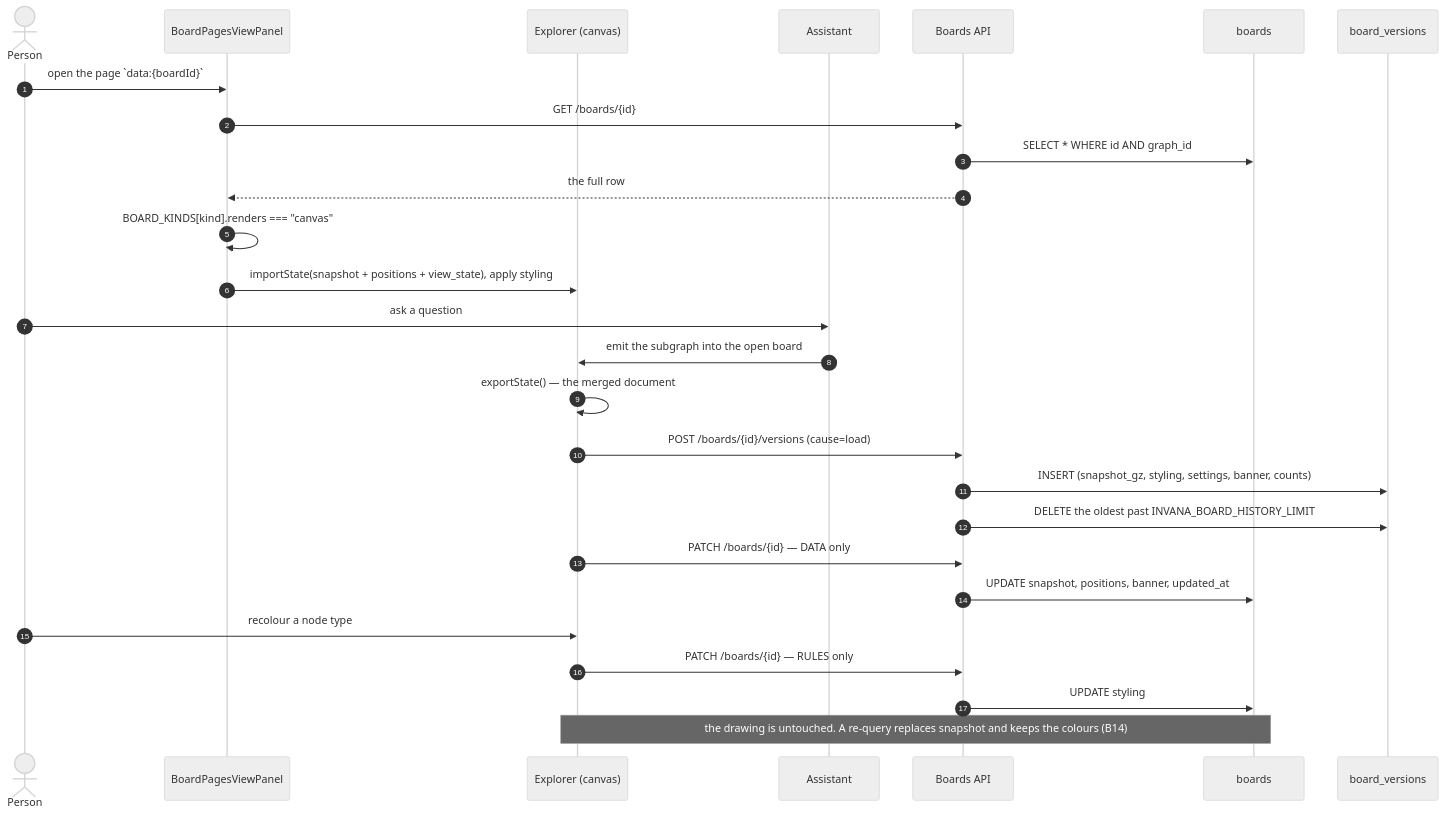
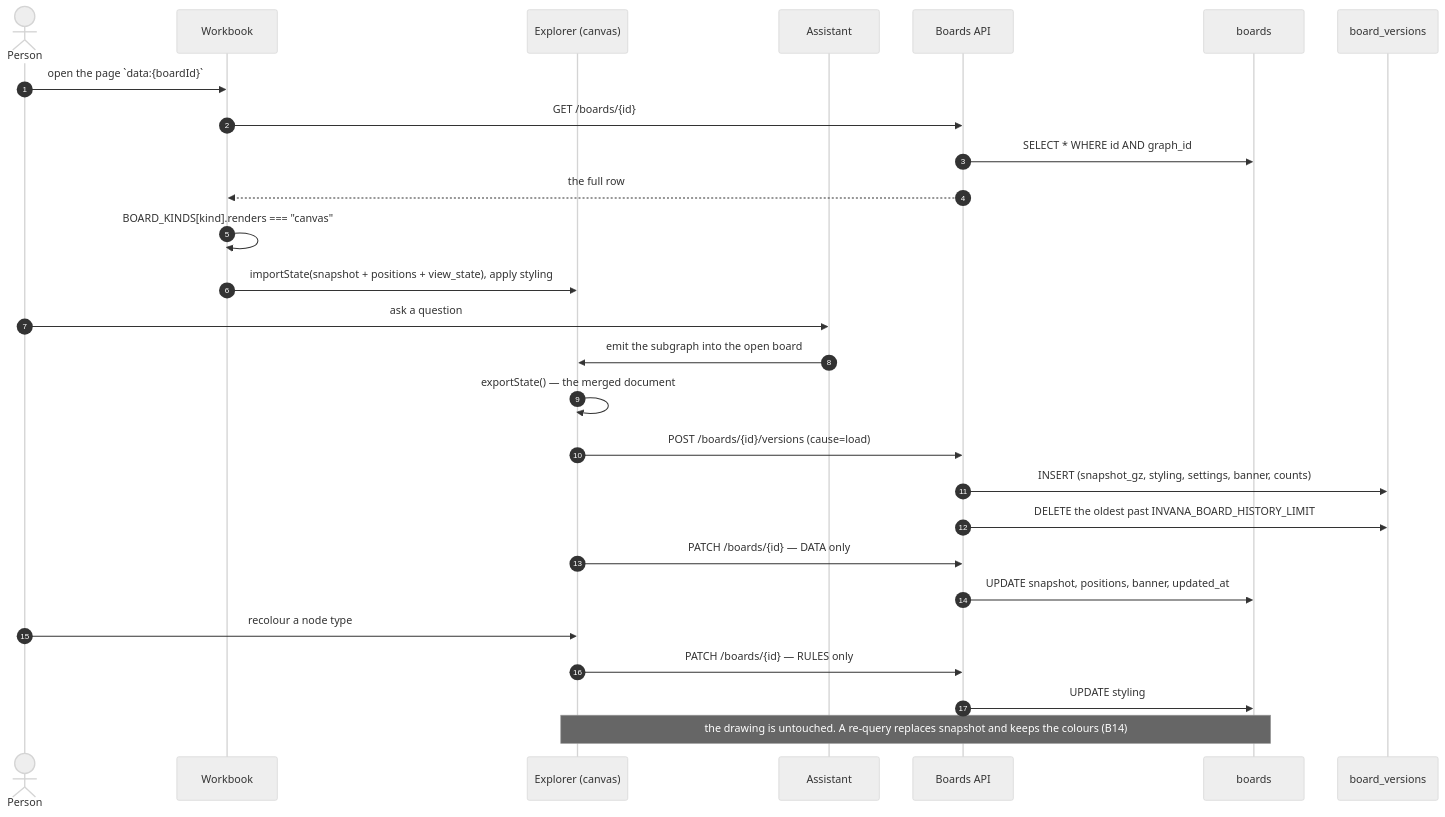
One commit to invana/invana changed the fourth of 8 diagrams in docs/for-developers/building-engine/boards-migration.md. Above: the diagram before and after it, drawn with Mermaid (neutral theme). The commit also changed other lines of this file and 130 other files, not shown here.

````diff
--- a/docs/for-developers/building-engine/boards-migration.md
+++ b/docs/for-developers/building-engine/boards-migration.md
@@ -411,32 +411,32 @@
 ```mermaid
 sequenceDiagram
     autonumber
     actor U as Person
-    participant PG as BoardPagesViewPanel
+    participant PG as Workbook
     participant EX as Explorer (canvas)
     participant AS as Assistant
     participant API as Boards API
     participant DB as boards
     participant VER as board_versions
 
     U->>PG: open the page `data:{boardId}`
     PG->>API: GET /boards/{id}
     API->>DB: SELECT * WHERE id AND graph_id
     API-->>PG: the full row
     PG->>PG: BOARD_KINDS[kind].renders === "canvas"
     PG->>EX: importState(snapshot + positions + view_state), apply styling
 
     U->>AS: ask a question
     AS->>EX: emit the subgraph into the open board
     EX->>EX: exportState() — the merged document
     EX->>API: POST /boards/{id}/versions (cause=load)
     API->>VER: INSERT (snapshot_gz, styling, settings, banner, counts)
     API->>VER: DELETE the oldest past INVANA_BOARD_HISTORY_LIMIT
     EX->>API: PATCH /boards/{id} — DATA only
     API->>DB: UPDATE snapshot, positions, banner, updated_at
 
     U->>EX: recolour a node type
     EX->>API: PATCH /boards/{id} — RULES only
     API->>DB: UPDATE styling
     Note over EX,DB: the drawing is untouched. A re-query replaces snapshot and keeps the colours (B14)
 ```
````
